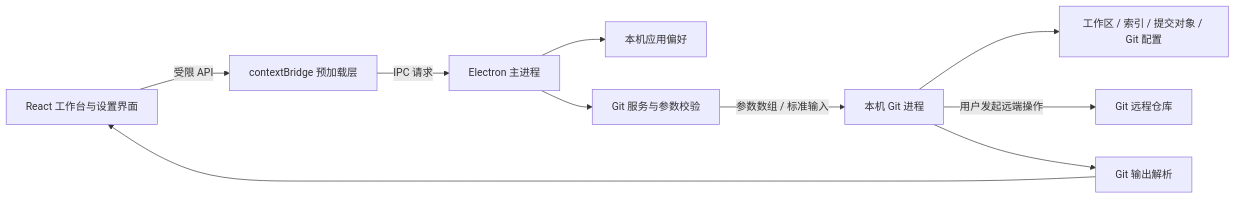
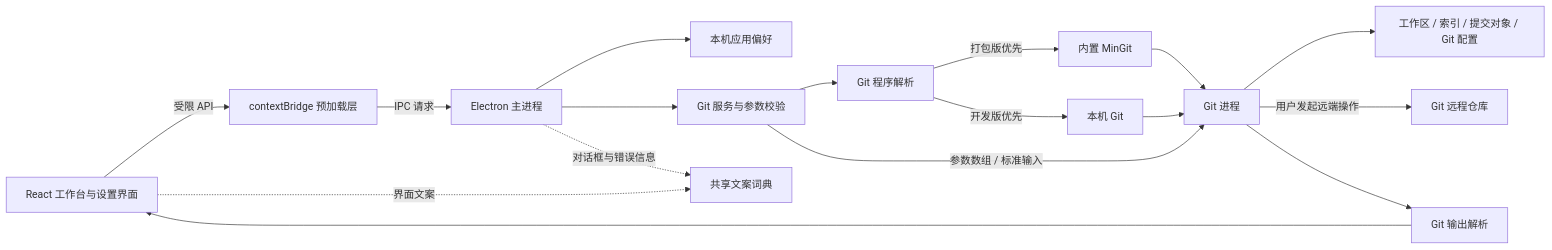
Before and after one commit to sssjack/gitvista: the diagram in README.md, drawn with Mermaid. The commit also changed other lines of this file and 32 other files, not shown here.

````diff
--- a/README.md
+++ b/README.md
@@ -184,12 +393,19 @@
 ```mermaid
 flowchart LR
     UI[React 工作台与设置界面] -->|受限 API| PRELOAD[contextBridge 预加载层]
     PRELOAD -->|IPC 请求| MAIN[Electron 主进程]
     MAIN --> PREF[本机应用偏好]
     MAIN --> SERVICE[Git 服务与参数校验]
-    SERVICE -->|参数数组 / 标准输入| GIT[本机 Git 进程]
+    SERVICE --> RUNTIME[Git 程序解析]
+    RUNTIME -->|打包版优先| BUNDLED[内置 MinGit]
+    RUNTIME -->|开发版优先| SYSTEM[本机 Git]
+    BUNDLED --> GIT[Git 进程]
+    SYSTEM --> GIT
+    SERVICE -->|参数数组 / 标准输入| GIT
     GIT --> REPO[工作区 / 索引 / 提交对象 / Git 配置]
     GIT -->|用户发起远端操作| REMOTE[Git 远程仓库]
     GIT --> PARSE[Git 输出解析]
     PARSE --> UI
+    MAIN -.->|对话框与错误信息| MESSAGES[共享文案词典]
+    UI -.->|界面文案| MESSAGES
 ```
````
